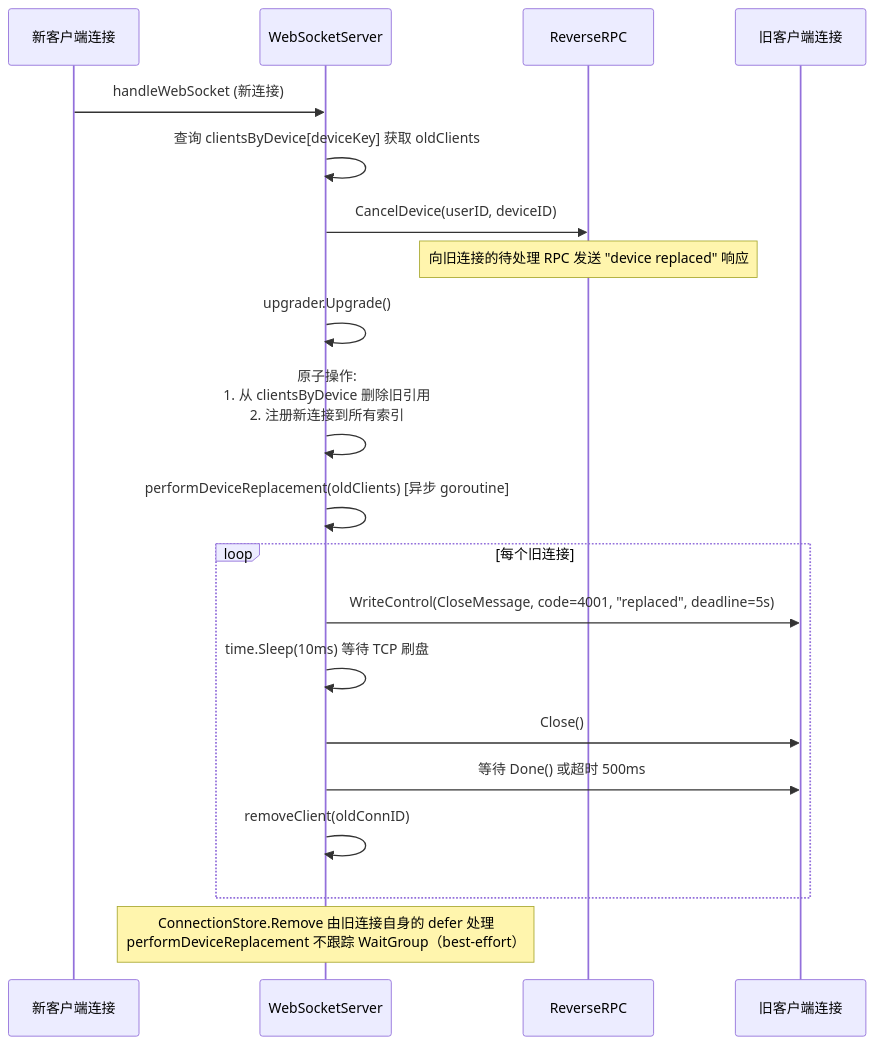
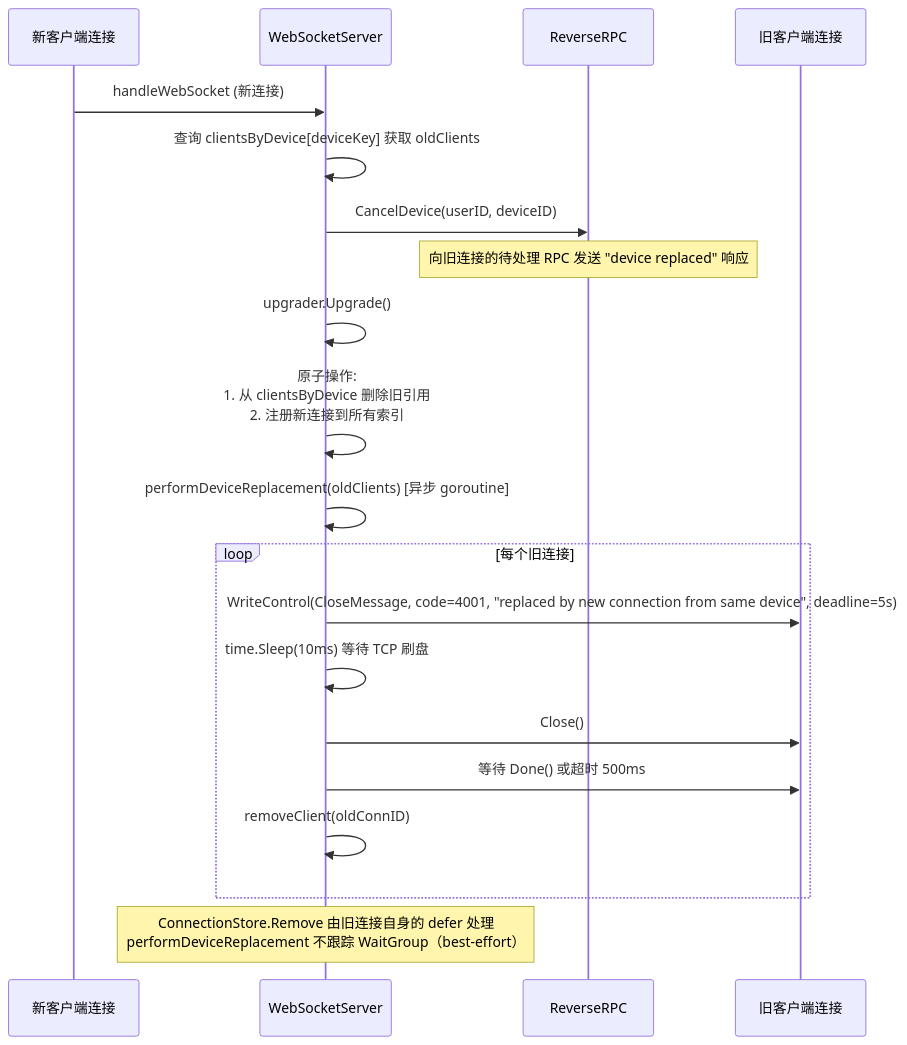
The second of 14 diagrams in wiki/flows/websocket-connection.md (PineappleBond/xyncra-server), drawn with Mermaid before and after one commit. The commit also changed other lines of this file and 4 other files, not shown here.

First line of the commit message:
docs(wiki): accuracy improvements across flow documents

````diff
--- a/wiki/flows/websocket-connection.md
+++ b/wiki/flows/websocket-connection.md
@@ -137,27 +137,27 @@
 ```mermaid
 sequenceDiagram
     participant NewClient as 新客户端连接
     participant WS as WebSocketServer
     participant RR as ReverseRPC
     participant OldClient as 旧客户端连接
 
     NewClient->>WS: handleWebSocket (新连接)
     WS->>WS: 查询 clientsByDevice[deviceKey] 获取 oldClients
 
     WS->>RR: CancelDevice(userID, deviceID)
     Note over RR: 向旧连接的待处理 RPC 发送 "device replaced" 响应
 
     WS->>WS: upgrader.Upgrade()
     WS->>WS: 原子操作:<br/>1. 从 clientsByDevice 删除旧引用<br/>2. 注册新连接到所有索引
 
     WS->>WS: performDeviceReplacement(oldClients) [异步 goroutine]
 
     loop 每个旧连接
-        WS->>OldClient: WriteControl(CloseMessage, code=4001, "replaced", deadline=5s)
+        WS->>OldClient: WriteControl(CloseMessage, code=4001, "replaced by new connection from same device", deadline=5s)
         WS->>WS: time.Sleep(10ms) 等待 TCP 刷盘
         WS->>OldClient: Close()
         WS->>OldClient: 等待 Done() 或超时 500ms
         WS->>WS: removeClient(oldConnID)
     end
     Note over WS: ConnectionStore.Remove 由旧连接自身的 defer 处理<br/>performDeviceReplacement 不跟踪 WaitGroup（best-effort）
 ```
````
